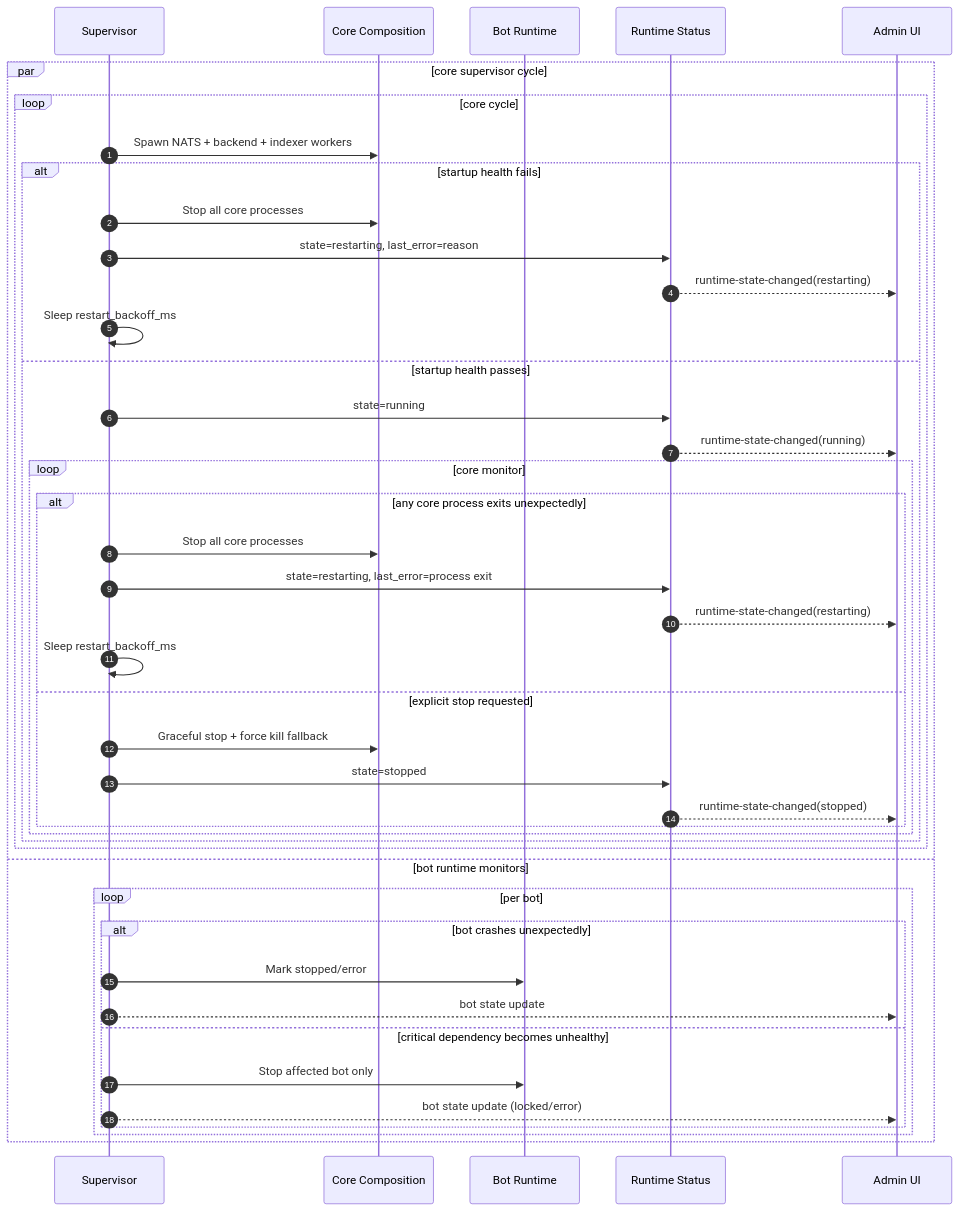
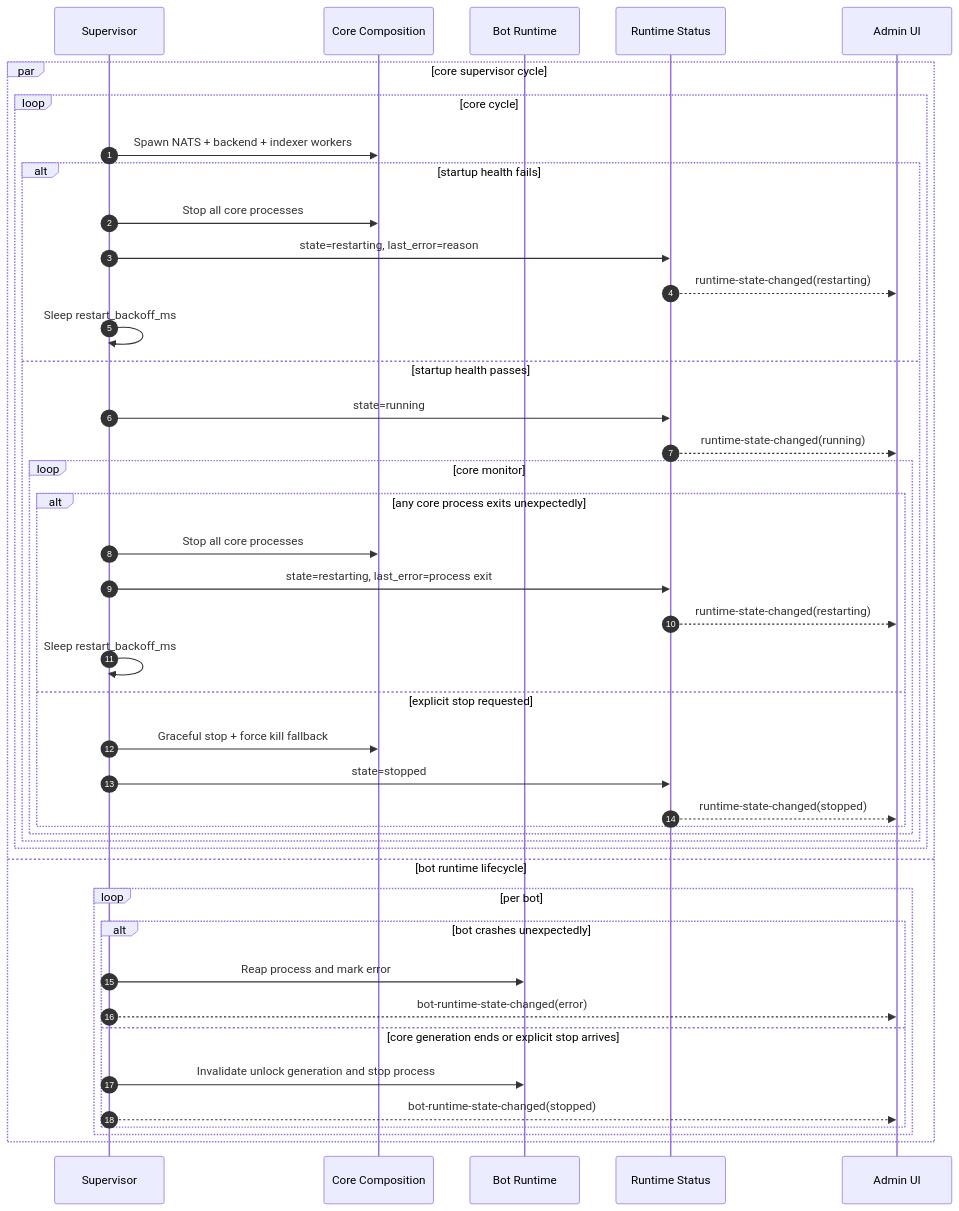
One commit to d347h-eth/artgod changed the diagram in docs/diagrams/02-desktop-failure-and-restart-loop.md. Above: the diagram before and after it, drawn with Mermaid. The commit also changed other lines of this file and 17 other files, not shown here.

````diff
--- a/docs/diagrams/02-desktop-failure-and-restart-loop.md
+++ b/docs/diagrams/02-desktop-failure-and-restart-loop.md
@@ -5,47 +6,47 @@
 ```mermaid
 sequenceDiagram
     autonumber
     participant S as Supervisor
     participant C as Core Composition
     participant BT as Bot Runtime
     participant R as Runtime Status
     participant A as Admin UI
 
     par core supervisor cycle
         loop core cycle
             S->>C: Spawn NATS + backend + indexer workers
             alt startup health fails
                 S->>C: Stop all core processes
                 S->>R: state=restarting, last_error=reason
                 R-->>A: runtime-state-changed(restarting)
                 S->>S: Sleep restart_backoff_ms
             else startup health passes
                 S->>R: state=running
                 R-->>A: runtime-state-changed(running)
 
                 loop core monitor
                     alt any core process exits unexpectedly
                         S->>C: Stop all core processes
                         S->>R: state=restarting, last_error=process exit
                         R-->>A: runtime-state-changed(restarting)
                         S->>S: Sleep restart_backoff_ms
                     else explicit stop requested
                         S->>C: Graceful stop + force kill fallback
                         S->>R: state=stopped
                         R-->>A: runtime-state-changed(stopped)
                     end
                 end
             end
         end
-    and bot runtime monitors
+    and bot runtime lifecycle
         loop per bot
             alt bot crashes unexpectedly
-                S->>BT: Mark stopped/error
-                S-->>A: bot state update
-            else critical dependency becomes unhealthy
-                S->>BT: Stop affected bot only
-                S-->>A: bot state update (locked/error)
+                S->>BT: Reap process and mark error
+                S-->>A: bot-runtime-state-changed(error)
+            else core generation ends or explicit stop arrives
+                S->>BT: Invalidate unlock generation and stop process
+                S-->>A: bot-runtime-state-changed(stopped)
             end
         end
     end
 ```
````
